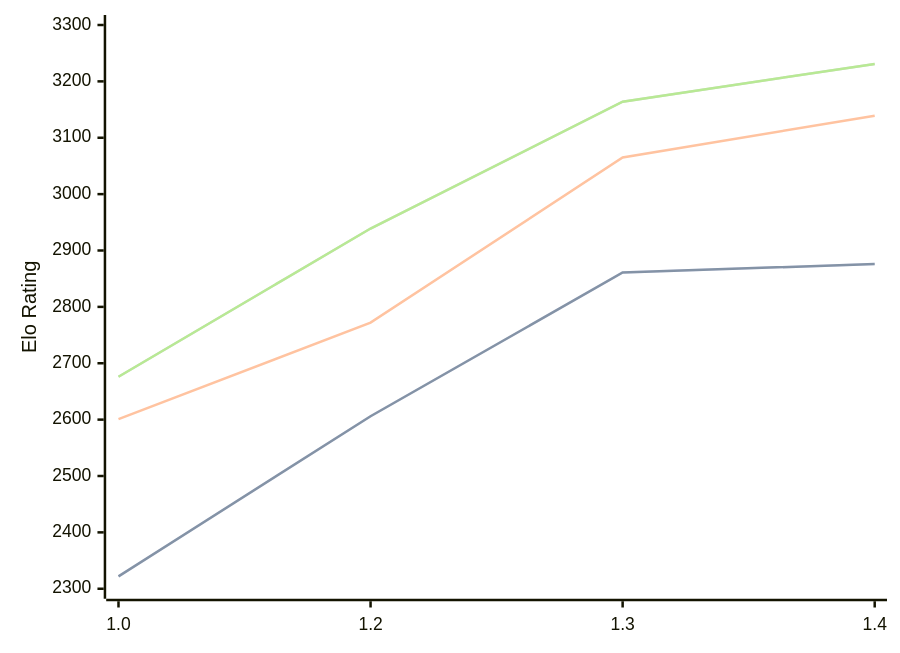
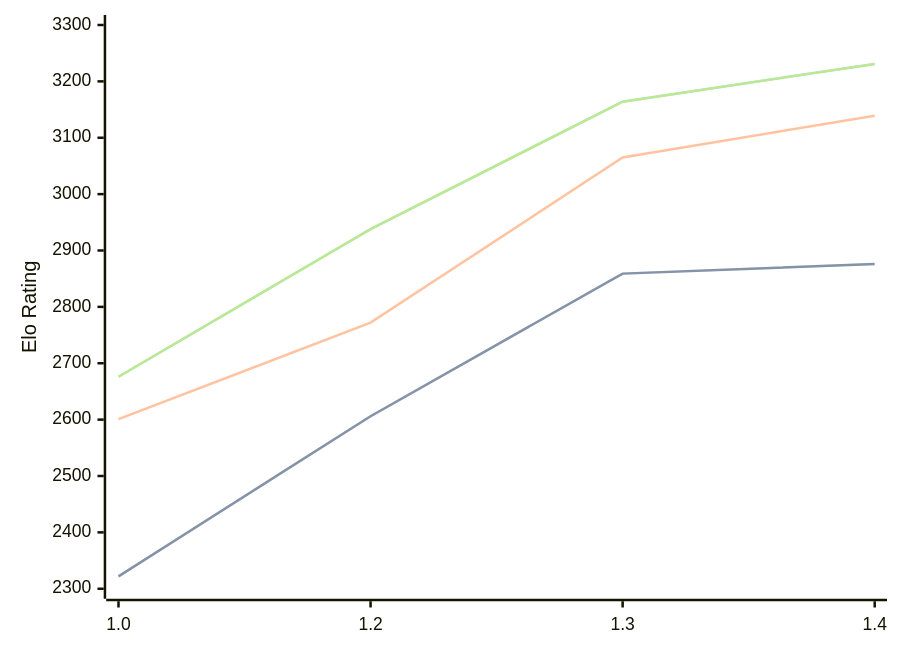
Before and after one commit to computer-chess-index/cci: the diagram in engines/Chessnix.md, drawn with Mermaid. The commit also changed other lines of this file, not shown here.

Commit message:
Update CCI Ratings (ELO VLTC) - 2026-08-28

````diff
--- a/engines/Chessnix.md
+++ b/engines/Chessnix.md
@@ -34,11 +34,11 @@
 ```mermaid
 %%{init: {"theme":"base","themeVariables":{"seriesColors:['#a3a3a3','#222221','#faa371']}}}%%
 xychart-beta
   x-axis ["1.0", "1.2", "1.3", "1.4"]
   y-axis "Elo Rating" 2300 --> 3300
-  line "" [2322, 2606, 2861, 2876]
-  line "STC (8.0+0.08s)" [2322, 2606, 2861, 2876]
+  line "" [2322, 2606, 2859, 2876]
+  line "STC (8.0+0.08s)" [2322, 2606, 2859, 2876]
   line "LTC (60.0+0.60s)" [2601, 2772, 3065, 3139]
-  line "" [2676, 2939, 3164, 3231]
-  line "VLTC (2m24s+1.12s)" [2676, 2939, 3164, 3231]
+  line "" [2676, 2938, 3164, 3231]
+  line "VLTC (2m24s+1.12s)" [2676, 2938, 3164, 3231]
 ```
````
